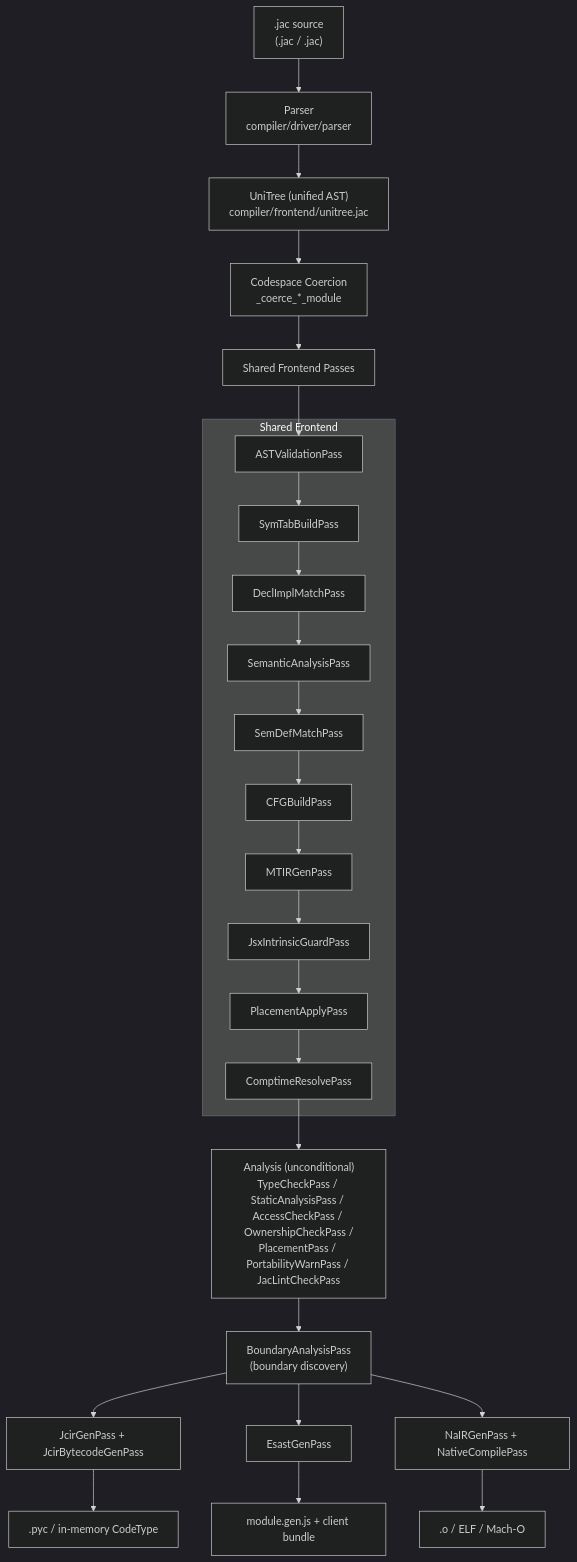
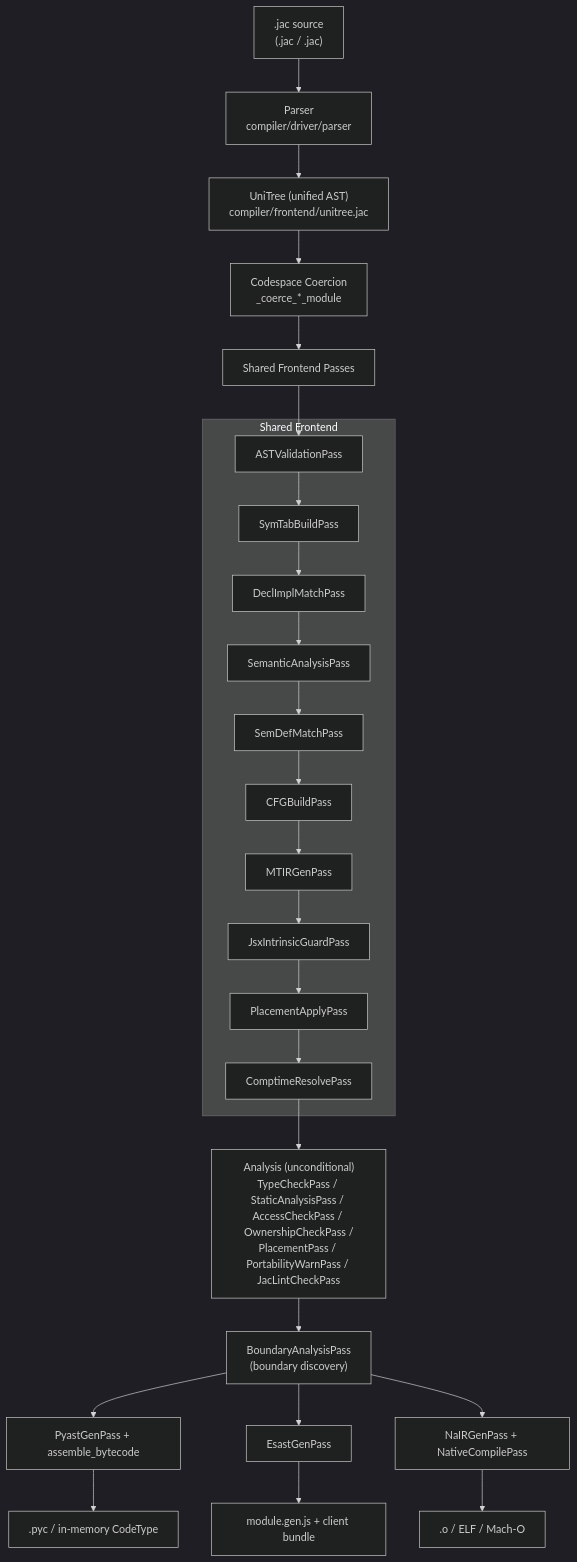
One commit to jaseci-labs/jac changed the second of 3 diagrams in jac/jaclang/cli/docs/internals/compiler_architecture.md. Above: the diagram before and after it, drawn with Mermaid (dark theme). The commit also changed other lines of this file and 48 other files, not shown here.

````diff
--- a/jac/jaclang/cli/docs/internals/compiler_architecture.md
+++ b/jac/jaclang/cli/docs/internals/compiler_architecture.md
@@ -98,31 +98,31 @@
 ```mermaid
 graph TD
     SRC[".jac source<br/>(.jac / .jac)"] --> PARSE[Parser<br/>compiler/driver/parser]
     PARSE --> UNI["UniTree (unified AST)<br/>compiler/frontend/unitree.jac"]
     UNI --> COERCE["Codespace Coercion<br/>_coerce_*_module"]
     COERCE --> FRONTEND[Shared Frontend Passes]
 
     subgraph FRONTEND_PASSES["Shared Frontend"]
         FE1[ASTValidationPass]
         FE2[SymTabBuildPass]
         FE3[DeclImplMatchPass]
         FE4[SemanticAnalysisPass]
         FE5[SemDefMatchPass]
         FE6[CFGBuildPass]
         FE7[MTIRGenPass]
         FE8[JsxIntrinsicGuardPass]
         FE9[PlacementApplyPass]
         FE10[ComptimeResolvePass]
     end
 
     FRONTEND --> FE1 --> FE2 --> FE3 --> FE4 --> FE5 --> FE6 --> FE7 --> FE8 --> FE9 --> FE10
     FE10 --> TYPECK["Analysis (unconditional)<br/>TypeCheckPass / StaticAnalysisPass / AccessCheckPass / OwnershipCheckPass /<br/>PlacementPass / PortabilityWarnPass / JacLintCheckPass"]
     TYPECK --> INTEROP["BoundaryAnalysisPass<br/>(boundary discovery)"]
-    INTEROP --> SV[JcirGenPass + JcirBytecodeGenPass]
+    INTEROP --> SV[PyastGenPass + assemble_bytecode]
     INTEROP --> CL[EsastGenPass]
     INTEROP --> NA[NaIRGenPass + NativeCompilePass]
 
     SV --> SVOUT[".pyc / in-memory CodeType"]
     CL --> CLOUT["module.gen.js + client bundle"]
     NA --> NAOUT[".o / ELF / Mach-O"]
 ```
````
